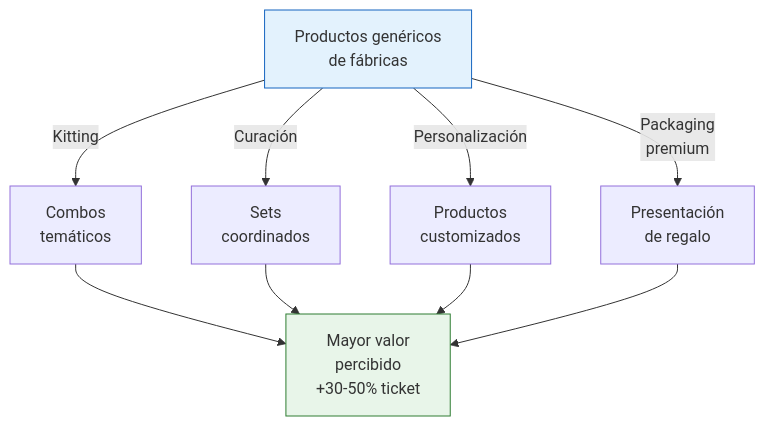
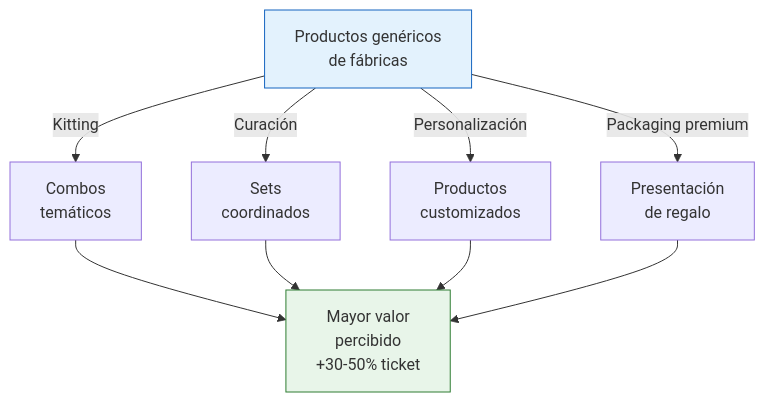
One commit to barrosignacioezequiel-coder/docs changed the diagram in app/paso1-argentina/empezar-de-cero/servicios-complementarios.mdx. Above: the diagram before and after it, drawn with Mermaid. The commit also changed 10 other files, not shown here.

First line of the commit message:
fix: remove <br/> from Mermaid edge labels causing list errors

````diff
--- a/app/paso1-argentina/empezar-de-cero/servicios-complementarios.mdx
+++ b/app/paso1-argentina/empezar-de-cero/servicios-complementarios.mdx
@@ -22,15 +22,15 @@
 ```mermaid
 graph TD
     A["Productos genéricos<br/>de fábricas"] -->|"Kitting"| B["Combos<br/>temáticos"]
     A -->|"Curación"| C["Sets<br/>coordinados"]
     A -->|"Personalización"| D["Productos<br/>customizados"]
-    A -->|"Packaging<br/>premium"| E["Presentación<br/>de regalo"]
+    A -->|"Packaging premium"| E["Presentación<br/>de regalo"]
 
     B --> F["Mayor valor<br/>percibido<br/>+30-50% ticket"]
     C --> F
     D --> F
     E --> F
 
     style A fill:#e3f2fd,stroke:#1565c0
     style F fill:#e8f5e9,stroke:#2e7d32
 ```
````
